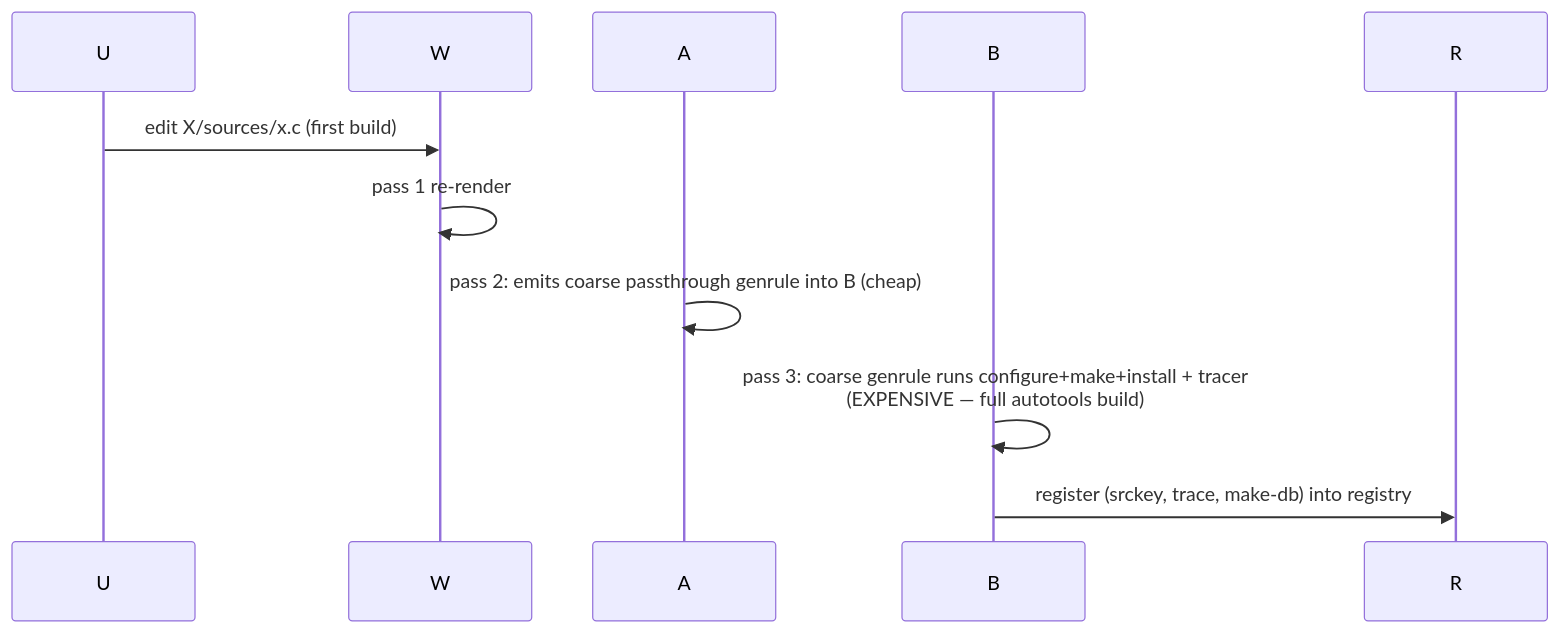
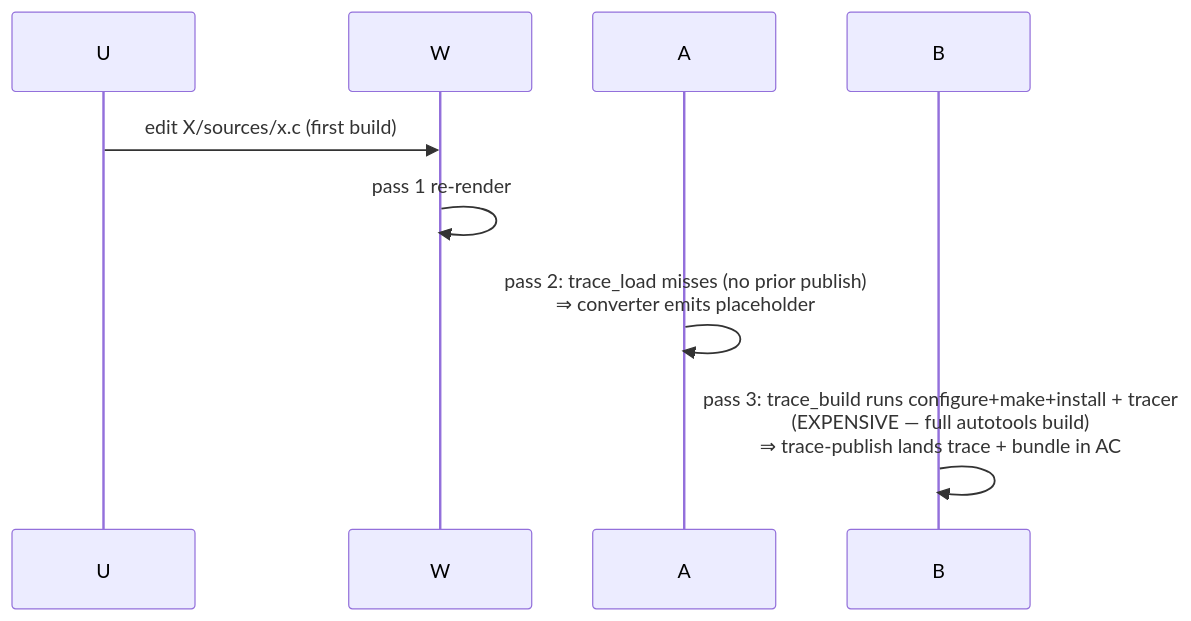
Before and after one commit to sstriker/buildstream-bazel: the second of 4 diagrams in docs/three-pass-flow.md, drawn with Mermaid. The commit also changed other lines of this file and 10 other files, not shown here.

````diff
--- a/docs/three-pass-flow.md
+++ b/docs/three-pass-flow.md
@@ -153,8 +132,7 @@
 ```mermaid
 sequenceDiagram
     U->>W: edit X/sources/x.c (first build)
     W->>W: pass 1 re-render
-    A->>A: pass 2: emits coarse passthrough genrule into B (cheap)
-    B->>B: pass 3: coarse genrule runs configure+make+install + tracer<br/>(EXPENSIVE — full autotools build)
-    B->>R: register (srckey, trace, make-db) into registry
+    A->>A: pass 2: trace_load misses (no prior publish)<br/>⇒ converter emits placeholder
+    B->>B: pass 3: trace_build runs configure+make+install + tracer<br/>(EXPENSIVE — full autotools build)<br/>⇒ trace-publish lands trace + bundle in AC
 ```
````
